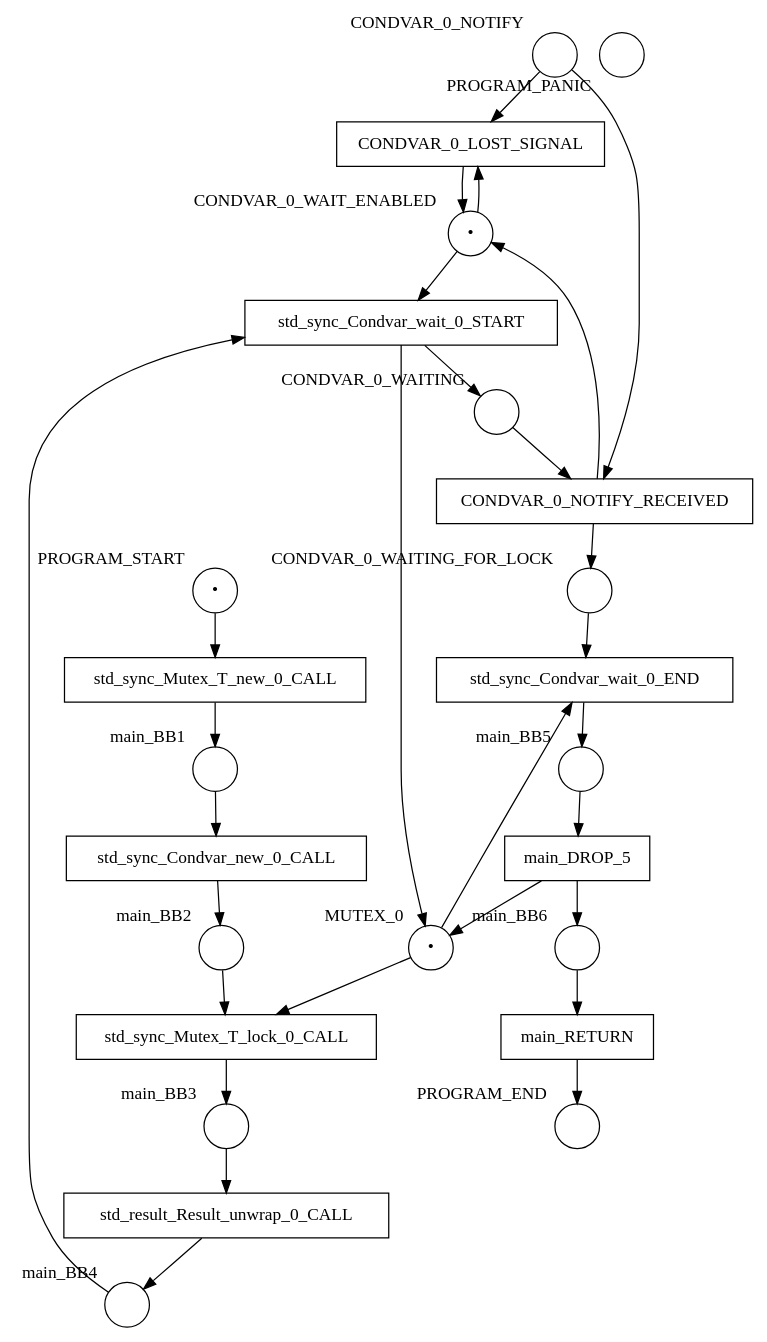
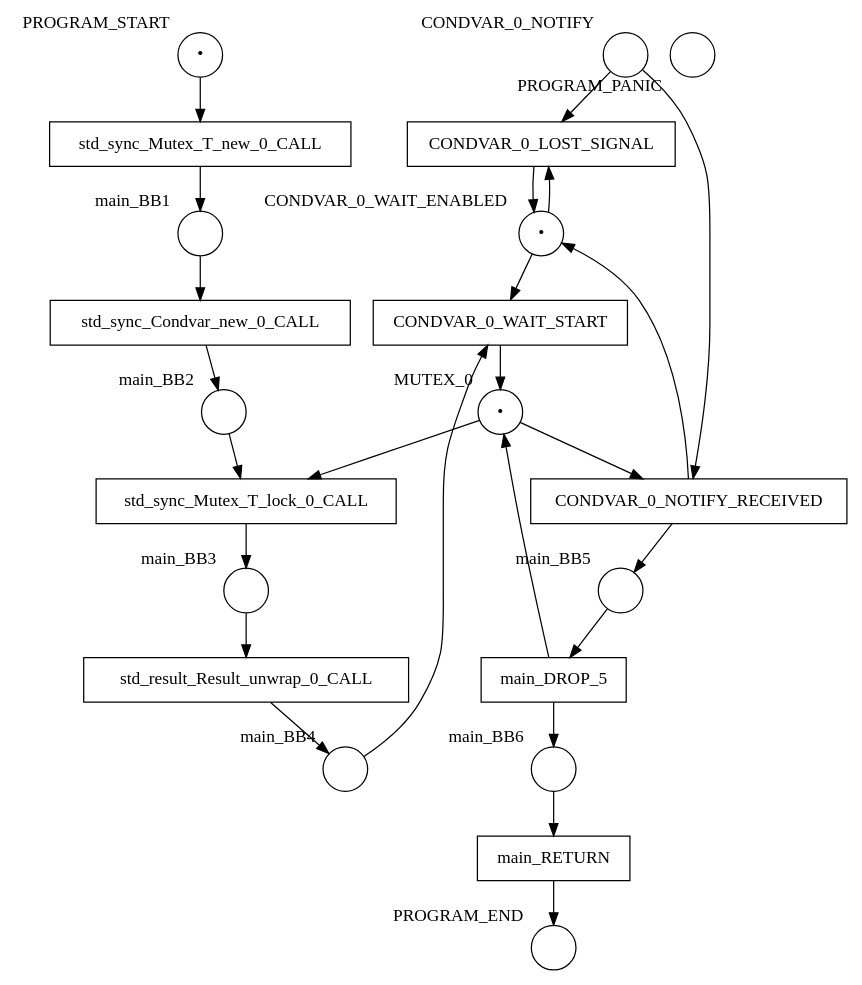
The diagram in examples/results/condvar/infinite_wait_deadlock/net.dot (hlisdero/cargo-check-deadlock), drawn with Graphviz before and after one commit. The commit also changed 15 other files, not shown here.

```diff
--- a/examples/results/condvar/infinite_wait_deadlock/net.dot
+++ b/examples/results/condvar/infinite_wait_deadlock/net.dot
@@ -1,54 +1,47 @@
 digraph petrinet {
     CONDVAR_0_NOTIFY [shape="circle" xlabel="CONDVAR_0_NOTIFY" label=""];
-    CONDVAR_0_WAITING [shape="circle" xlabel="CONDVAR_0_WAITING" label=""];
-    CONDVAR_0_WAITING_FOR_LOCK [shape="circle" xlabel="CONDVAR_0_WAITING_FOR_LOCK" label=""];
     CONDVAR_0_WAIT_ENABLED [shape="circle" xlabel="CONDVAR_0_WAIT_ENABLED" label="•"];
     MUTEX_0 [shape="circle" xlabel="MUTEX_0" label="•"];
     PROGRAM_END [shape="circle" xlabel="PROGRAM_END" label=""];
     PROGRAM_PANIC [shape="circle" xlabel="PROGRAM_PANIC" label=""];
     PROGRAM_START [shape="circle" xlabel="PROGRAM_START" label="•"];
     main_BB1 [shape="circle" xlabel="main_BB1" label=""];
     main_BB2 [shape="circle" xlabel="main_BB2" label=""];
     main_BB3 [shape="circle" xlabel="main_BB3" label=""];
     main_BB4 [shape="circle" xlabel="main_BB4" label=""];
     main_BB5 [shape="circle" xlabel="main_BB5" label=""];
     main_BB6 [shape="circle" xlabel="main_BB6" label=""];
     CONDVAR_0_LOST_SIGNAL [shape="box" xlabel="" label="CONDVAR_0_LOST_SIGNAL"];
     CONDVAR_0_NOTIFY_RECEIVED [shape="box" xlabel="" label="CONDVAR_0_NOTIFY_RECEIVED"];
+    CONDVAR_0_WAIT_START [shape="box" xlabel="" label="CONDVAR_0_WAIT_START"];
     main_DROP_5 [shape="box" xlabel="" label="main_DROP_5"];
     main_RETURN [shape="box" xlabel="" label="main_RETURN"];
     std_result_Result_unwrap_0_CALL [shape="box" xlabel="" label="std_result_Result_unwrap_0_CALL"];
     std_sync_Condvar_new_0_CALL [shape="box" xlabel="" label="std_sync_Condvar_new_0_CALL"];
-    std_sync_Condvar_wait_0_END [shape="box" xlabel="" label="std_sync_Condvar_wait_0_END"];
-    std_sync_Condvar_wait_0_START [shape="box" xlabel="" label="std_sync_Condvar_wait_0_START"];
     std_sync_Mutex_T_lock_0_CALL [shape="box" xlabel="" label="std_sync_Mutex_T_lock_0_CALL"];
     std_sync_Mutex_T_new_0_CALL [shape="box" xlabel="" label="std_sync_Mutex_T_new_0_CALL"];
     CONDVAR_0_NOTIFY -> CONDVAR_0_LOST_SIGNAL;
     CONDVAR_0_NOTIFY -> CONDVAR_0_NOTIFY_RECEIVED;
-    CONDVAR_0_WAITING -> CONDVAR_0_NOTIFY_RECEIVED;
-    CONDVAR_0_WAITING_FOR_LOCK -> std_sync_Condvar_wait_0_END;
     CONDVAR_0_WAIT_ENABLED -> CONDVAR_0_LOST_SIGNAL;
-    CONDVAR_0_WAIT_ENABLED -> std_sync_Condvar_wait_0_START;
-    MUTEX_0 -> std_sync_Condvar_wait_0_END;
+    CONDVAR_0_WAIT_ENABLED -> CONDVAR_0_WAIT_START;
+    MUTEX_0 -> CONDVAR_0_NOTIFY_RECEIVED;
     MUTEX_0 -> std_sync_Mutex_T_lock_0_CALL;
     PROGRAM_START -> std_sync_Mutex_T_new_0_CALL;
     main_BB1 -> std_sync_Condvar_new_0_CALL;
     main_BB2 -> std_sync_Mutex_T_lock_0_CALL;
     main_BB3 -> std_result_Result_unwrap_0_CALL;
-    main_BB4 -> std_sync_Condvar_wait_0_START;
+    main_BB4 -> CONDVAR_0_WAIT_START;
     main_BB5 -> main_DROP_5;
     main_BB6 -> main_RETURN;
     CONDVAR_0_LOST_SIGNAL -> CONDVAR_0_WAIT_ENABLED;
-    CONDVAR_0_NOTIFY_RECEIVED -> CONDVAR_0_WAITING_FOR_LOCK;
     CONDVAR_0_NOTIFY_RECEIVED -> CONDVAR_0_WAIT_ENABLED;
+    CONDVAR_0_NOTIFY_RECEIVED -> main_BB5;
+    CONDVAR_0_WAIT_START -> MUTEX_0;
     main_DROP_5 -> MUTEX_0;
     main_DROP_5 -> main_BB6;
     main_RETURN -> PROGRAM_END;
     std_result_Result_unwrap_0_CALL -> main_BB4;
     std_sync_Condvar_new_0_CALL -> main_BB2;
-    std_sync_Condvar_wait_0_END -> main_BB5;
-    std_sync_Condvar_wait_0_START -> CONDVAR_0_WAITING;
-    std_sync_Condvar_wait_0_START -> MUTEX_0;
     std_sync_Mutex_T_lock_0_CALL -> main_BB3;
     std_sync_Mutex_T_new_0_CALL -> main_BB1;
 }
```
